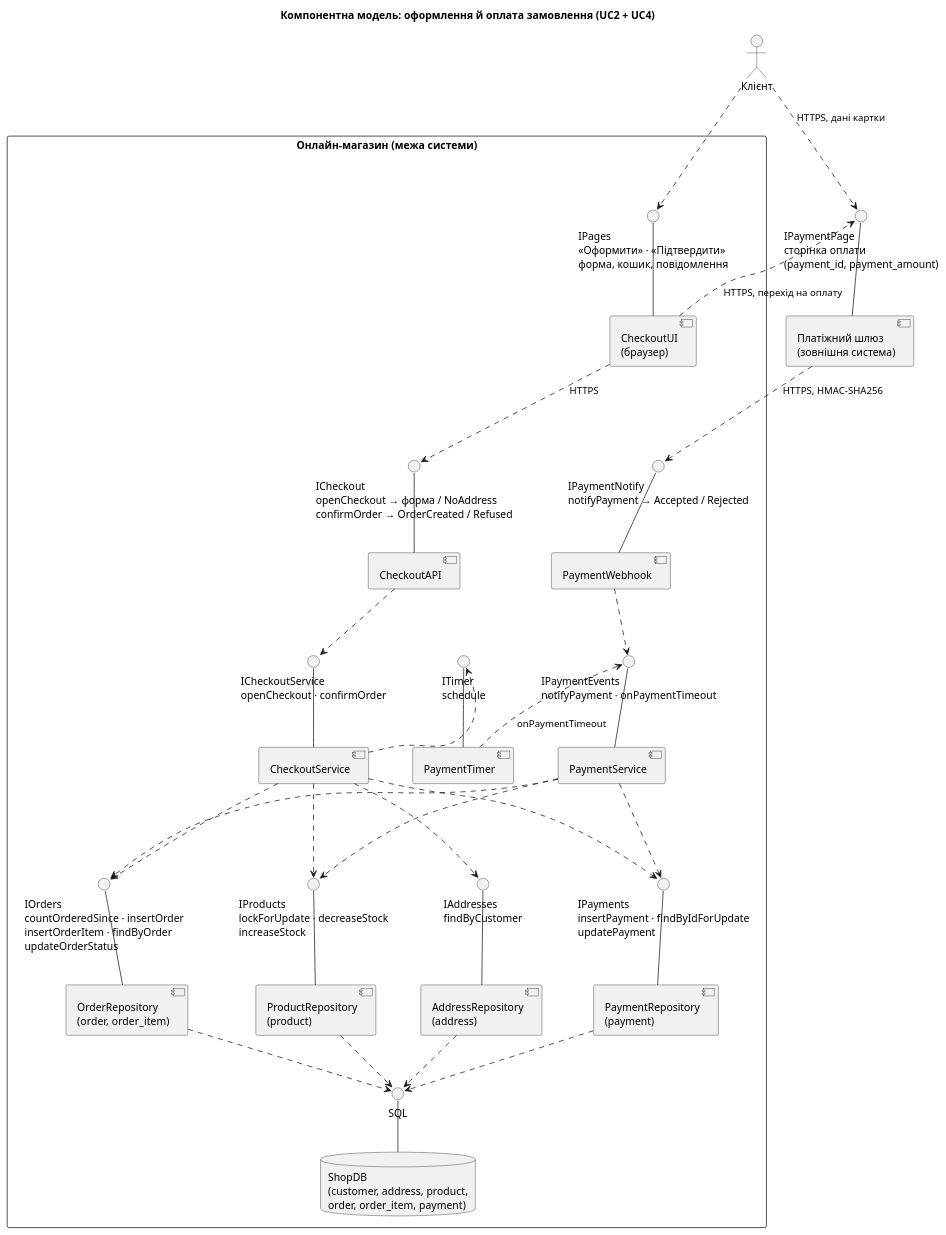
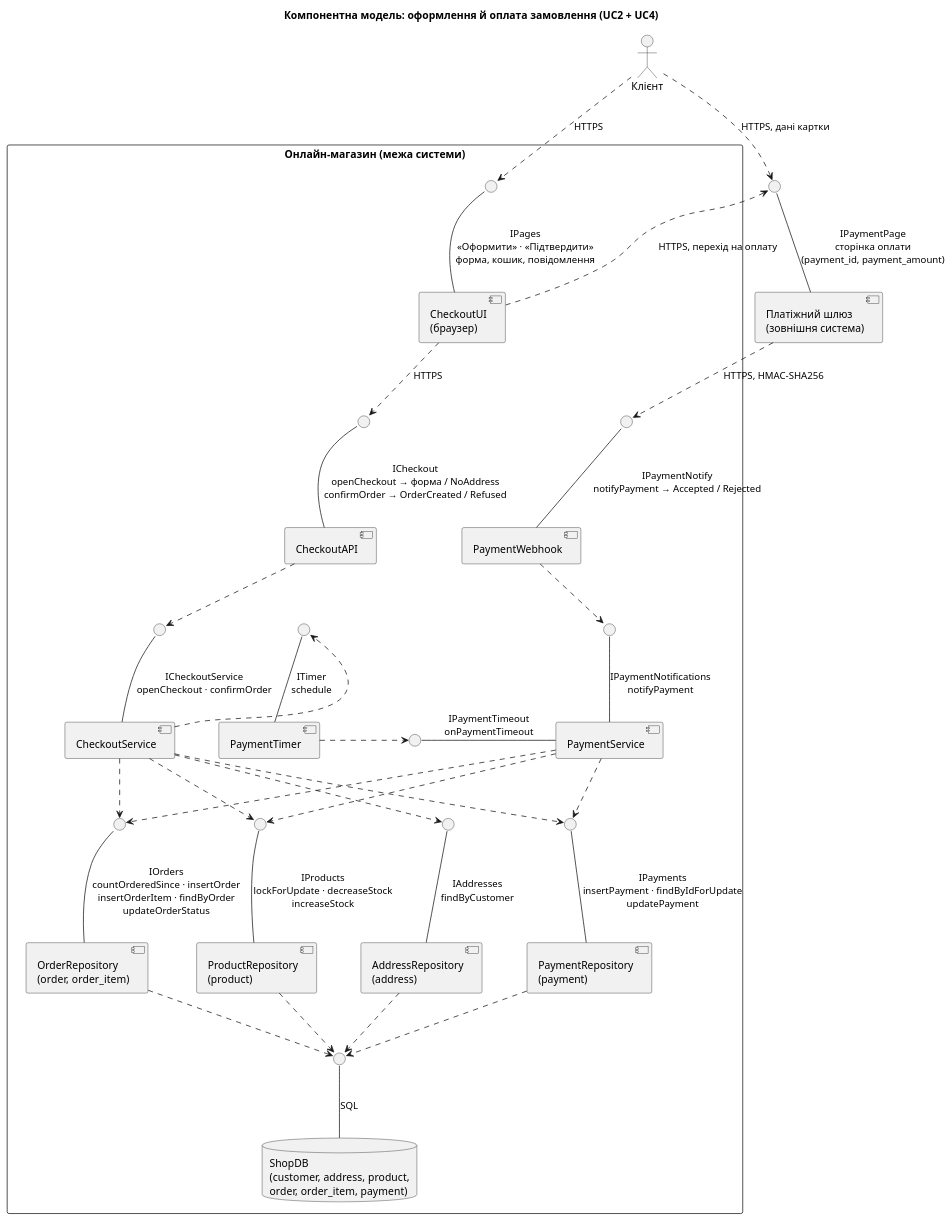
The diagram in lab5/diagrams/components.puml (piximeow/KPI), drawn with PlantUML before and after one commit. The commit also changed 1 other file, not shown here.

```diff
--- a/lab5/diagrams/components.puml
+++ b/lab5/diagrams/components.puml
@@ -1,78 +1,80 @@
 @startuml components
 title Компонентна модель: оформлення й оплата замовлення (UC2 + UC4)
 skinparam componentStyle uml2
 skinparam nodesep 60
-skinparam ranksep 45
+skinparam ranksep 70
 
 actor "Клієнт" as Client
 component "Платіжний шлюз\n(зовнішня система)" as GW
-interface "IPaymentPage\nсторінка оплати\n(payment_id, payment_amount)" as IPage
-GW -up- IPage
+interface " " as IPage
+GW -up- IPage : IPaymentPage\nсторінка оплати\n(payment_id, payment_amount)
 
 rectangle "Онлайн-магазин (межа системи)" {
-  interface "IPages\n«Оформити» · «Підтвердити»\nформа, кошик, повідомлення" as IPages
-  interface "ICheckout\nopenCheckout → форма / NoAddress\nconfirmOrder → OrderCreated / Refused" as ICheckout
-  interface "IPaymentNotify\nnotifyPayment → Accepted / Rejected" as INotify
-  interface "ICheckoutService\nopenCheckout · confirmOrder" as ICS
-  interface "ITimer\nschedule" as ITimer
-  interface "IPaymentEvents\nnotifyPayment · onPaymentTimeout" as IEvents
-  interface "IAddresses\nfindByCustomer" as IAddresses
-  interface "IProducts\nlockForUpdate · decreaseStock\nincreaseStock" as IProducts
-  interface "IOrders\ncountOrderedSince · insertOrder\ninsertOrderItem · findByOrder\nupdateOrderStatus" as IOrders
-  interface "IPayments\ninsertPayment · findByIdForUpdate\nupdatePayment" as IPayments
-  interface "SQL" as ISQL
+  interface " " as IPages
+  interface " " as ICheckout
+  interface " " as INotify
+  interface " " as ICS
+  interface " " as ITimer
+  interface " " as INotif
+  interface " " as ITimeout
+  interface " " as IAddresses
+  interface " " as IProducts
+  interface " " as IOrders
+  interface " " as IPayments
+  interface " " as ISQL
 
   component "CheckoutUI\n(браузер)" as UI
   component "CheckoutAPI" as CAPI
   component "PaymentWebhook" as WH
   component "CheckoutService" as CS
   component "PaymentTimer" as TM
   component "PaymentService" as PS
   component "AddressRepository\n(address)" as RA
   component "ProductRepository\n(product)" as RP
   component "OrderRepository\n(order, order_item)" as RO
   component "PaymentRepository\n(payment)" as RPay
   database "ShopDB\n(customer, address, product,\norder, order_item, payment)" as DB
 
-  UI -up- IPages
-  CAPI -up- ICheckout
-  WH -up- INotify
-  CS -up- ICS
-  TM -up- ITimer
-  PS -up- IEvents
-  RA -up- IAddresses
-  RP -up- IProducts
-  RO -up- IOrders
-  RPay -up- IPayments
-  DB -up- ISQL
+  UI -up- IPages : IPages\n«Оформити» · «Підтвердити»\nформа, кошик, повідомлення
+  CAPI -up- ICheckout : ICheckout\nopenCheckout → форма / NoAddress\nconfirmOrder → OrderCreated / Refused
+  WH -up- INotify : IPaymentNotify\nnotifyPayment → Accepted / Rejected
+  CS -up- ICS : ICheckoutService\nopenCheckout · confirmOrder
+  TM -up- ITimer : ITimer\nschedule
+  PS -up- INotif : IPaymentNotifications\nnotifyPayment
+  PS -left- ITimeout : IPaymentTimeout\nonPaymentTimeout
+  RA -up- IAddresses : IAddresses\nfindByCustomer
+  RP -up- IProducts : IProducts\nlockForUpdate · decreaseStock\nincreaseStock
+  RO -up- IOrders : IOrders\ncountOrderedSince · insertOrder\ninsertOrderItem · findByOrder\nupdateOrderStatus
+  RPay -up- IPayments : IPayments\ninsertPayment · findByIdForUpdate\nupdatePayment
+  DB -up- ISQL : SQL
 }
 
-Client ..> IPages
+Client ..> IPages : HTTPS
 Client ..> IPage : HTTPS, дані картки
 UI ..> ICheckout : HTTPS
 UI ..> IPage : HTTPS, перехід на оплату
 GW ..> INotify : HTTPS, HMAC-SHA256
 
 CAPI ..> ICS
-WH .[norank].> IEvents
+WH .[norank].> INotif
 CS .[norank].> ITimer
-TM .[norank].> IEvents : onPaymentTimeout
+TM .[norank].> ITimeout
 
 CS ..> IAddresses
 CS ..> IProducts
 CS ..> IOrders
 CS ..> IPayments
 PS ..> IPayments
 PS ..> IOrders
 PS ..> IProducts
 
 RA ..> ISQL
 RP ..> ISQL
 RO ..> ISQL
 RPay ..> ISQL
 
 CAPI -[hidden]right- WH
 CS -[hidden]right- TM
 TM -[hidden]right- PS
 PS -[hidden]down- IAddresses
 @enduml
```
